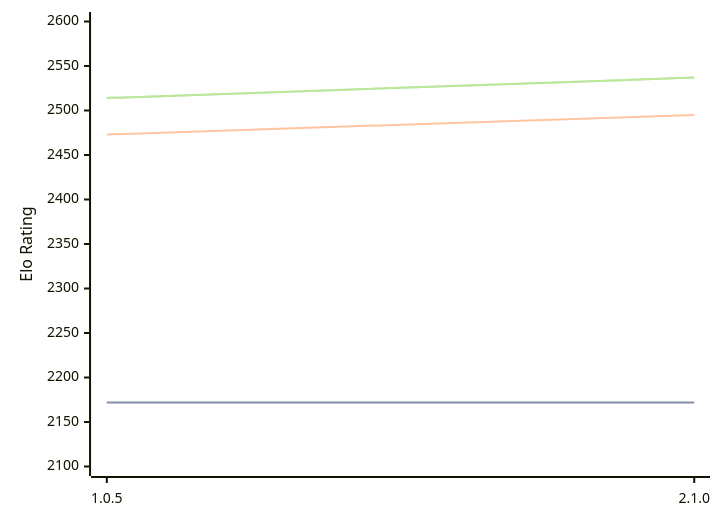
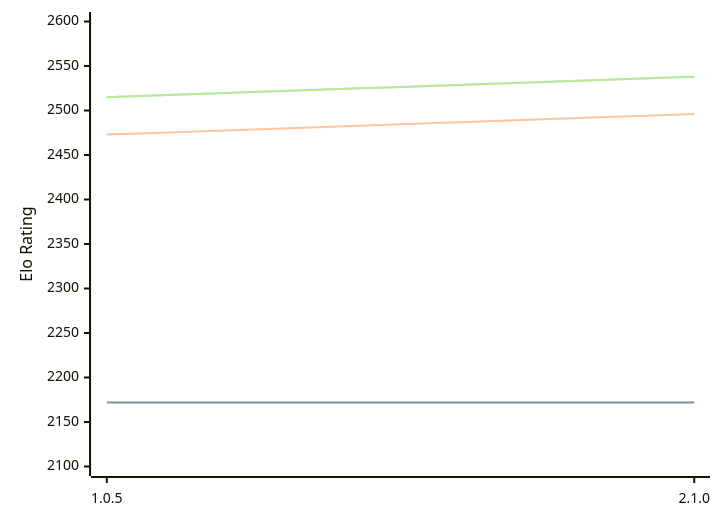
Before and after one commit to computer-chess-index/cci: the diagram in engines/Ruffian.md, drawn with Mermaid. The commit also changed other lines of this file, not shown here.

Commit message:
Update CCI Ratings (ELO VLTC) - 2026-03-28

````diff
--- a/engines/Ruffian.md
+++ b/engines/Ruffian.md
@@ -32,11 +32,11 @@
 ```mermaid
 %%{init: {"theme":"base","themeVariables":{"seriesColors:['#a3a3a3','#222221','#faa371']}}}%%
 xychart-beta
   x-axis ["1.0.5", "2.1.0"]
   y-axis "Elo Rating" 2100 --> 2600
   line "STC (8.0+0.08s)" [2172, 2172]
   line "STC (8.0+0.08s)" [2172, 2172]
-  line "LTC (60.0+0.60s)" [2473, 2495]
-  line "VLTC (2m24s+1.12s)" [2514, 2537]
-  line "VLTC (2m24s+1.12s)" [2514, 2537]
+  line "LTC (60.0+0.60s)" [2473, 2496]
+  line "VLTC (2m24s+1.12s)" [2515, 2538]
+  line "VLTC (2m24s+1.12s)" [2515, 2538]
 ```
````
